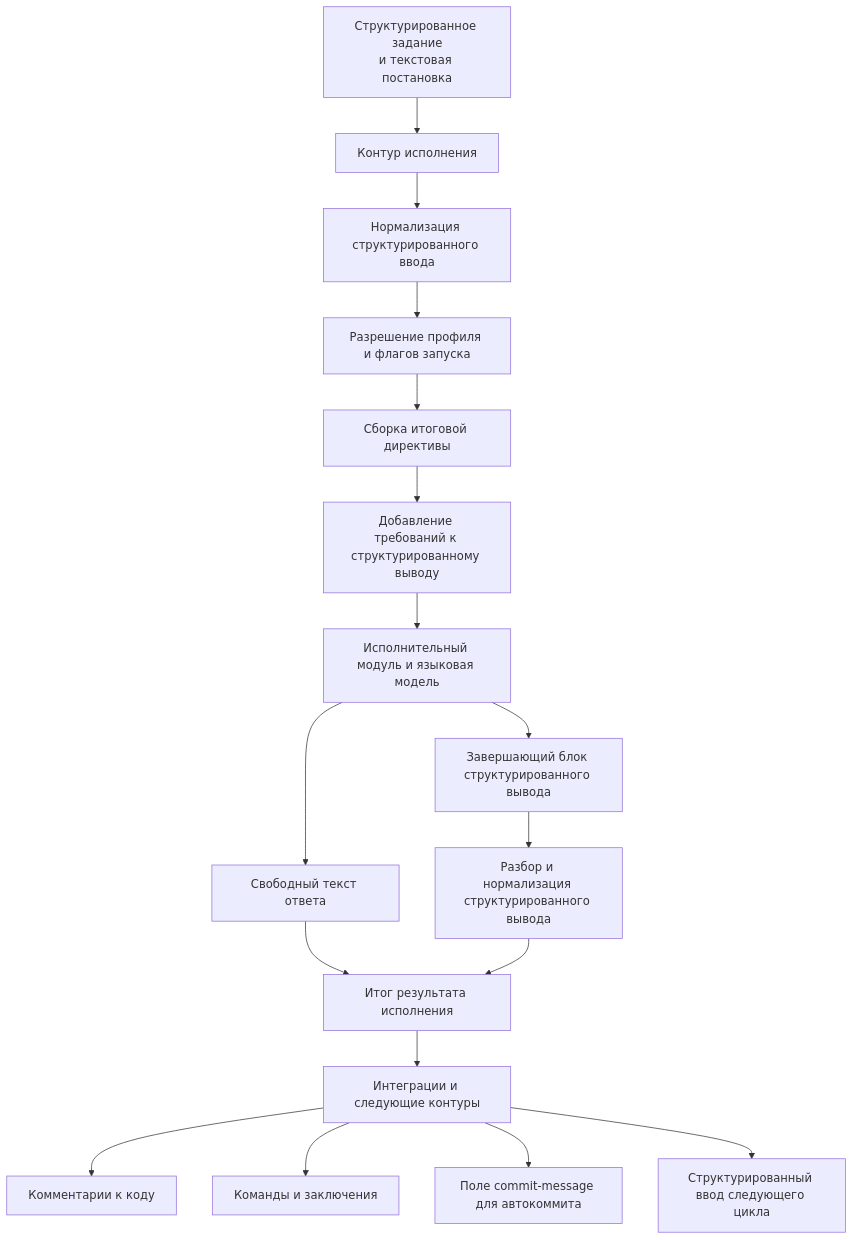
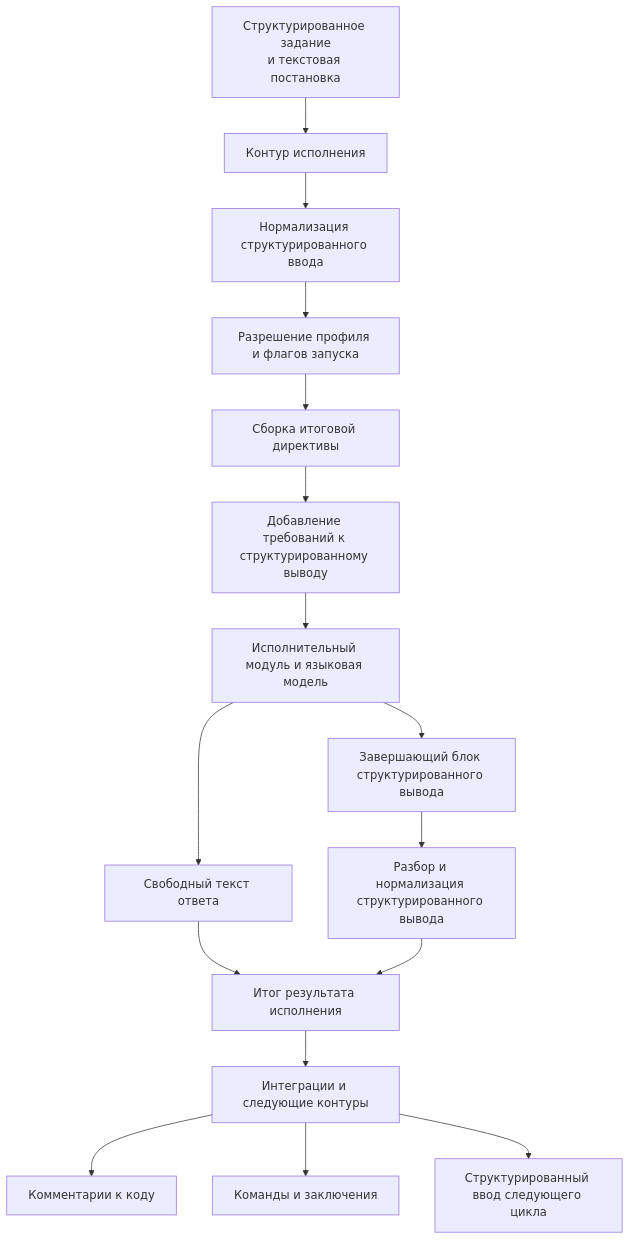
Before and after one commit to rasungatullin/progress: the diagram in docs/contours/execution/STRUCTURED_IO.md, drawn with Mermaid. The commit also changed other lines of this file and 7 other files, not shown here.

````diff
--- a/docs/contours/execution/STRUCTURED_IO.md
+++ b/docs/contours/execution/STRUCTURED_IO.md
@@ -61,19 +64,18 @@
 ```mermaid
 flowchart TD
     A[Структурированное задание<br/>и текстовая постановка] --> B[Контур исполнения]
     B --> C[Нормализация структурированного ввода]
     C --> D[Разрешение профиля и флагов запуска]
     D --> E[Сборка итоговой директивы]
     E --> F[Добавление требований к структурированному выводу]
     F --> G[Исполнительный модуль и языковая модель]
     G --> H[Свободный текст ответа]
     G --> I[Завершающий блок структурированного вывода]
     I --> J[Разбор и нормализация структурированного вывода]
     H --> K[Итог результата исполнения]
     J --> K
     K --> L[Интеграции и следующие контуры]
     L --> M[Комментарии к коду]
     L --> N[Команды и заключения]
-    L --> O[Поле commit-message для автокоммита]
-    L --> P[Структурированный ввод следующего цикла]
+    L --> O[Структурированный ввод следующего цикла]
 ```
````
